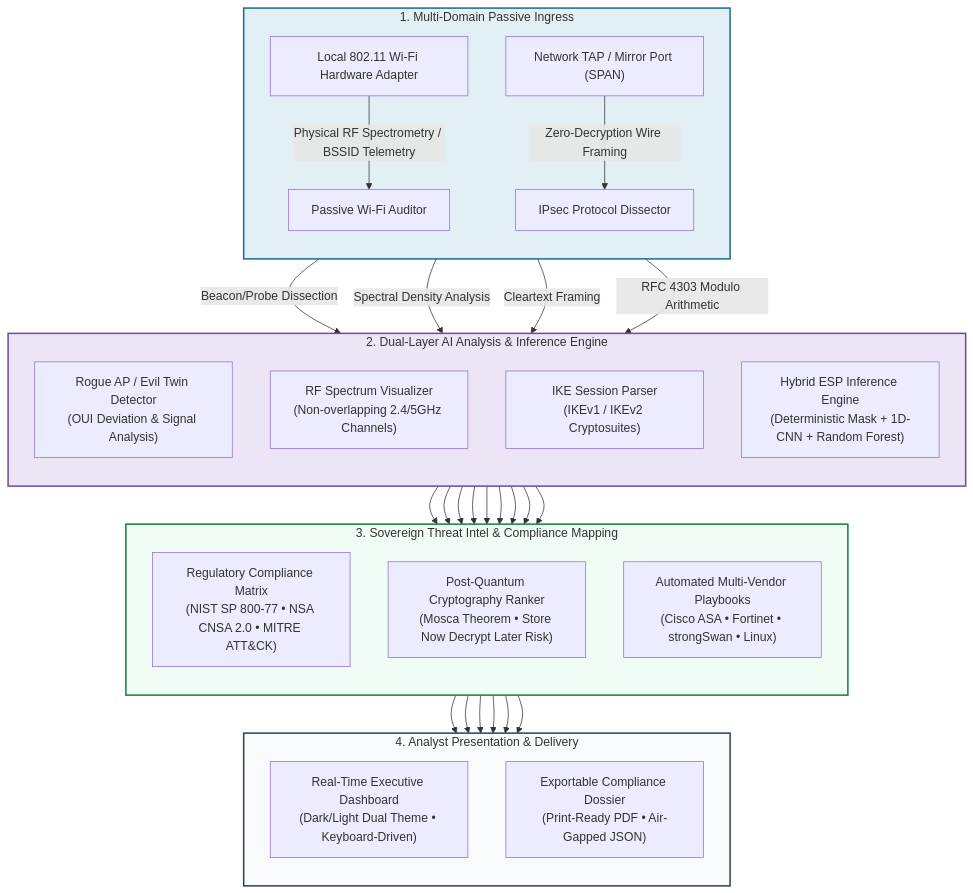
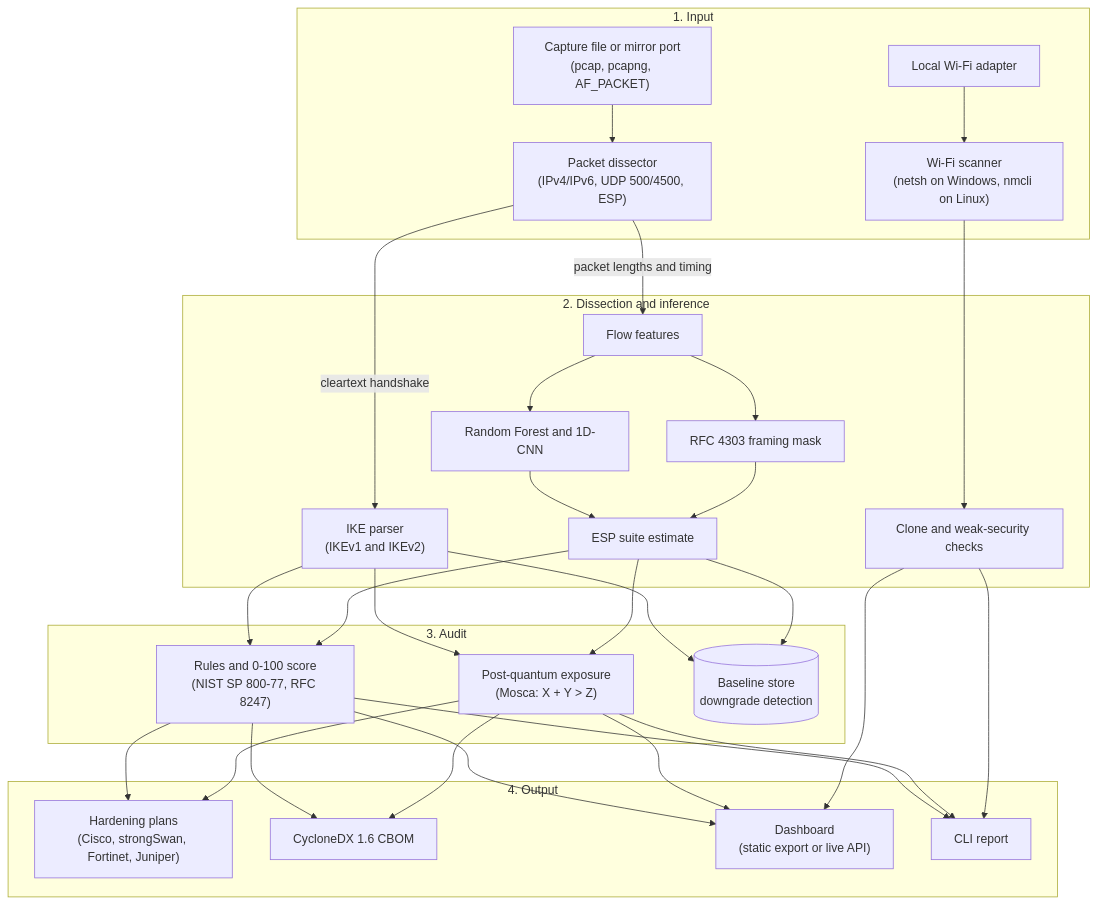
Before and after one commit to Git-huber2007/CipherGuard: the diagram in README.md, drawn with Mermaid. The commit also changed other lines of this file and 11 other files, not shown here.

````diff
--- a/README.md
+++ b/README.md
@@ -26,34 +103,29 @@
 ```mermaid
 flowchart TD
-    subgraph INGRESS["1. Multi-Domain Passive Ingress"]
-        direction TB
-        A1["Local 802.11 Wi-Fi Hardware Adapter"] -->|"Physical RF Spectrometry / BSSID Telemetry"| B1["Passive Wi-Fi Auditor"]
-        A2["Network TAP / Mirror Port (SPAN)"] -->|"Zero-Decryption Wire Framing"| B2["IPsec Protocol Dissector"]
+    subgraph IN["1. Input"]
+        TAP["Capture file or mirror port<br/>(pcap, pcapng, AF_PACKET)"] --> DISSECT["Packet dissector<br/>(IPv4/IPv6, UDP 500/4500, ESP)"]
+        NIC["Local Wi-Fi adapter"] --> WIFI["Wi-Fi scanner<br/>(netsh on Windows, nmcli on Linux)"]
     end
 
-    subgraph CORE["2. Dual-Layer AI Analysis & Inference Engine"]
-        direction TB
-        B1 -->|"Beacon/Probe Dissection"| C1["Rogue AP / Evil Twin Detector<br/>(OUI Deviation & Signal Analysis)"]
-        B1 -->|"Spectral Density Analysis"| C2["RF Spectrum Visualizer<br/>(Non-overlapping 2.4/5GHz Channels)"]
-        B2 -->|"Cleartext Framing"| C3["IKE Session Parser<br/>(IKEv1 / IKEv2 Cryptosuites)"]
-        B2 -->|"RFC 4303 Modulo Arithmetic"| C4["Hybrid ESP Inference Engine<br/>(Deterministic Mask + 1D-CNN + Random Forest)"]
+    subgraph INFER["2. Dissection and inference"]
+        DISSECT -->|"cleartext handshake"| IKE["IKE parser<br/>(IKEv1 and IKEv2)"]
+        DISSECT -->|"packet lengths and timing"| FEAT["Flow features"]
+        FEAT --> MODEL["Random Forest and 1D-CNN"]
+        FEAT --> MASK["RFC 4303 framing mask"]
+        MODEL & MASK --> ESP["ESP suite estimate"]
+        WIFI --> ROGUE["Clone and weak-security checks"]
     end
 
-    subgraph AUDIT["3. Sovereign Threat Intel & Compliance Mapping"]
-        direction TB
-        C1 & C2 & C3 & C4 --> D1["Regulatory Compliance Matrix<br/>(NIST SP 800-77 &bull; NSA CNSA 2.0 &bull; MITRE ATT&CK)"]
-        C3 & C4 --> D2["Post-Quantum Cryptography Ranker<br/>(Mosca Theorem &bull; Store Now Decrypt Later Risk)"]
-        C1 & C3 & C4 --> D3["Automated Multi-Vendor Playbooks<br/>(Cisco ASA &bull; Fortinet &bull; strongSwan &bull; Linux)"]
+    subgraph AUDIT["3. Audit"]
+        IKE & ESP --> RULES["Rules and 0-100 score<br/>(NIST SP 800-77, RFC 8247)"]
+        IKE & ESP --> PQC["Post-quantum exposure<br/>(Mosca: X + Y > Z)"]
+        IKE & ESP --> BASE[("Baseline store<br/>downgrade detection")]
     end
 
-    subgraph OUTPUT["4. Analyst Presentation & Delivery"]
-        direction TB
-        D1 & D2 & D3 --> E1["Real-Time Executive Dashboard<br/>(Dark/Light Dual Theme &bull; Keyboard-Driven)"]
-        D1 & D2 & D3 --> E2["Exportable Compliance Dossier<br/>(Print-Ready PDF &bull; Air-Gapped JSON)"]
+    subgraph OUT["4. Output"]
+        RULES & PQC --> PLAN["Hardening plans<br/>(Cisco, strongSwan, Fortinet, Juniper)"]
+        RULES & PQC --> CBOM["CycloneDX 1.6 CBOM"]
+        RULES & PQC & ROGUE --> DASH["Dashboard<br/>(static export or live API)"]
+        RULES & PQC & ROGUE --> CLI["CLI report"]
     end
-
-    style INGRESS fill:#e2eff4,stroke:#1b6e8c,stroke-width:2px;
-    style CORE fill:#ece5f5,stroke:#6d4e9c,stroke-width:2px;
-    style AUDIT fill:#f0fdf4,stroke:#15803d,stroke-width:2px;
-    style OUTPUT fill:#f8fafc,stroke:#334155,stroke-width:2px;
 ```
````
